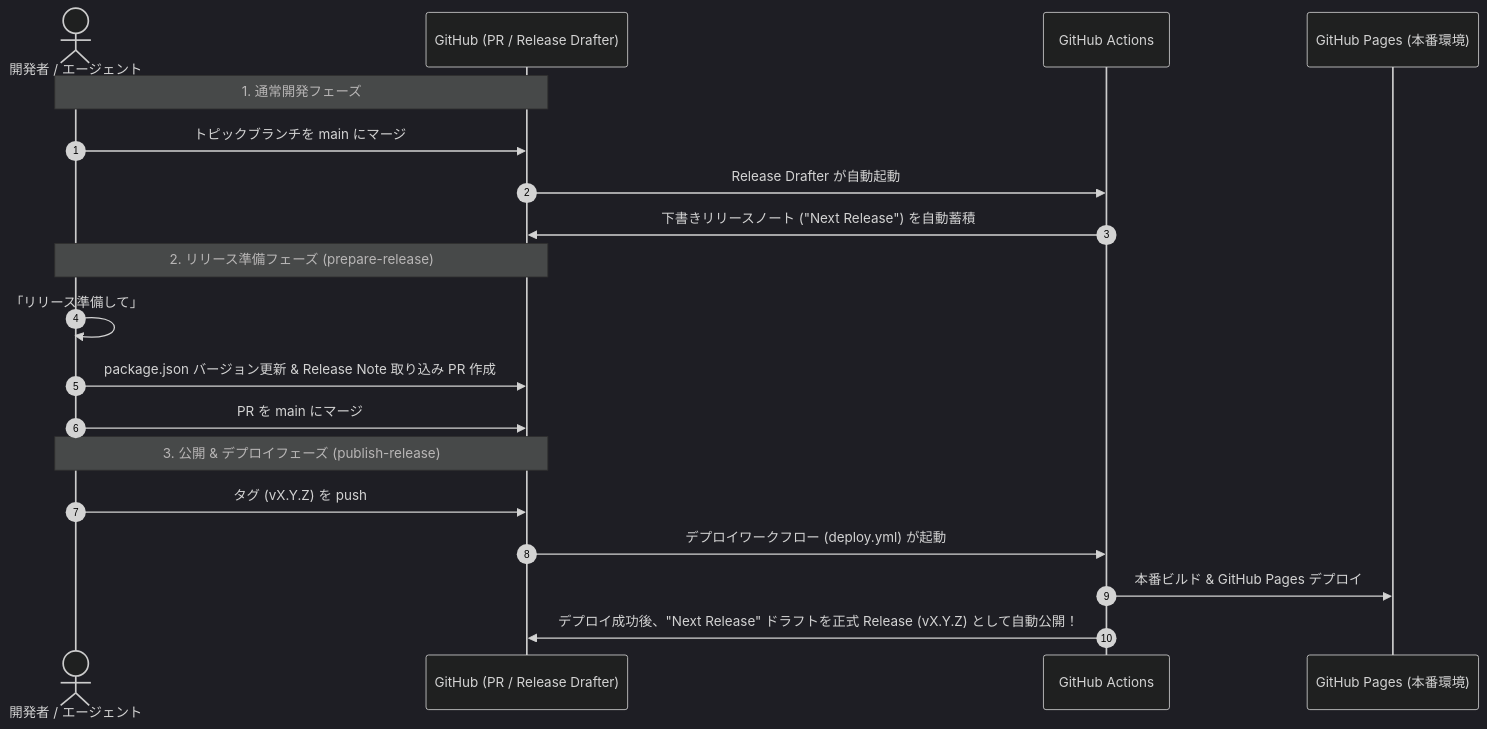
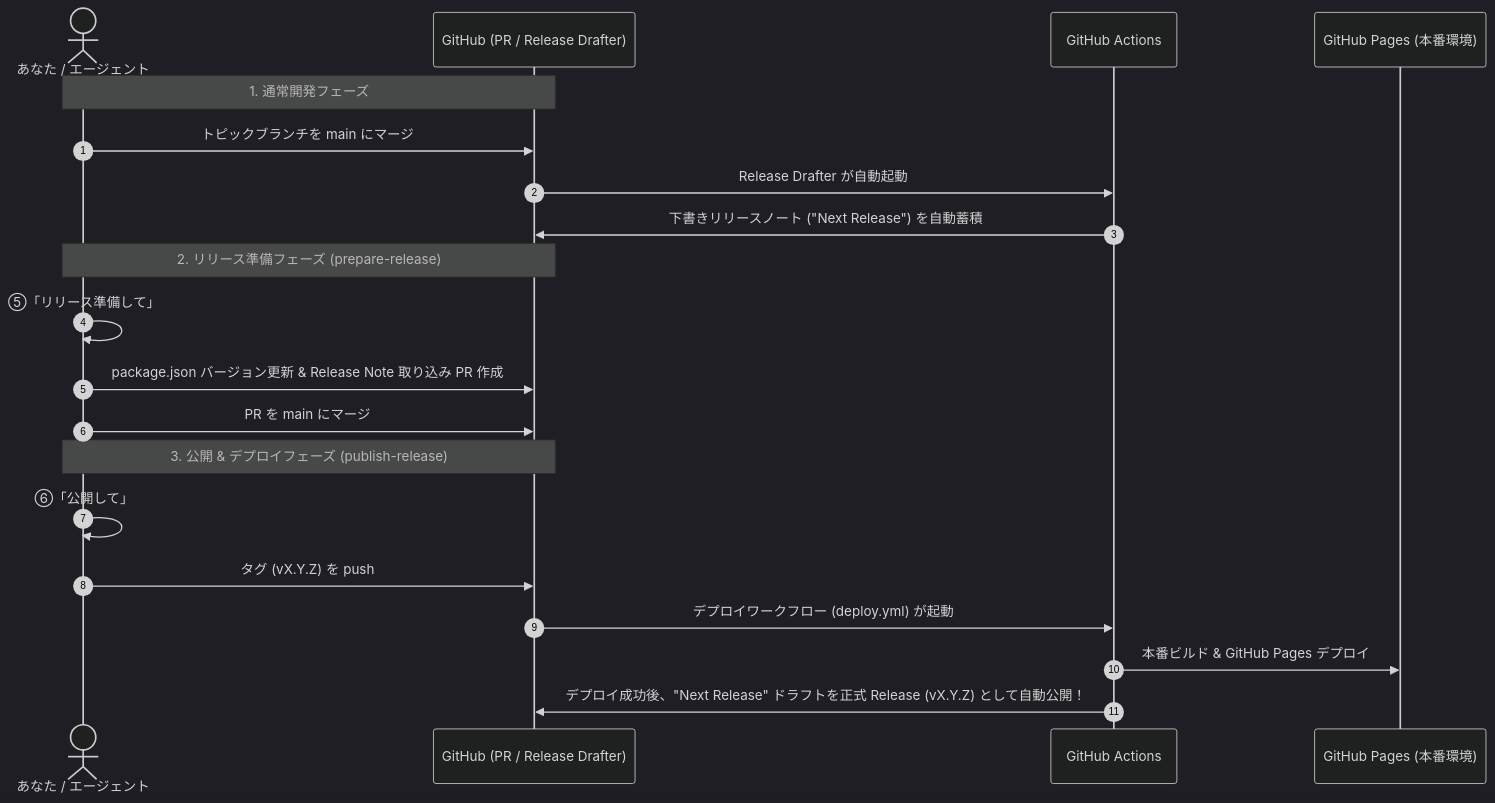
One commit to asabon/personal-dev-dashboard changed the second of 2 diagrams in docs/dev/release-flow.md. Above: the diagram before and after it, drawn with Mermaid (dark theme). The commit also changed other lines of this file and 36 other files, not shown here.

````diff
--- a/docs/dev/release-flow.md
+++ b/docs/dev/release-flow.md
@@ -40,24 +115,25 @@
 ```mermaid
 sequenceDiagram
     autonumber
-    actor Dev as 開発者 / エージェント
+    actor Dev as あなた / エージェント
     participant GH as GitHub (PR / Release Drafter)
     participant Action as GitHub Actions
     participant Pages as GitHub Pages (本番環境)
 
     Note over Dev,GH: 1. 通常開発フェーズ
     Dev->>GH: トピックブランチを main にマージ
     GH->>Action: Release Drafter が自動起動
     Action->>GH: 下書きリリースノート ("Next Release") を自動蓄積
 
     Note over Dev,GH: 2. リリース準備フェーズ (prepare-release)
-    Dev->>Dev: 「リリース準備して」
+    Dev->>Dev: ⑤「リリース準備して」
     Dev->>GH: package.json バージョン更新 & Release Note 取り込み PR 作成
     Dev->>GH: PR を main にマージ
 
     Note over Dev,GH: 3. 公開 & デプロイフェーズ (publish-release)
+    Dev->>Dev: ⑥「公開して」
     Dev->>GH: タグ (vX.Y.Z) を push
     GH->>Action: デプロイワークフロー (deploy.yml) が起動
     Action->>Pages: 本番ビルド & GitHub Pages デプロイ
     Action->>GH: デプロイ成功後、"Next Release" ドラフトを正式 Release (vX.Y.Z) として自動公開！
 ```
````
